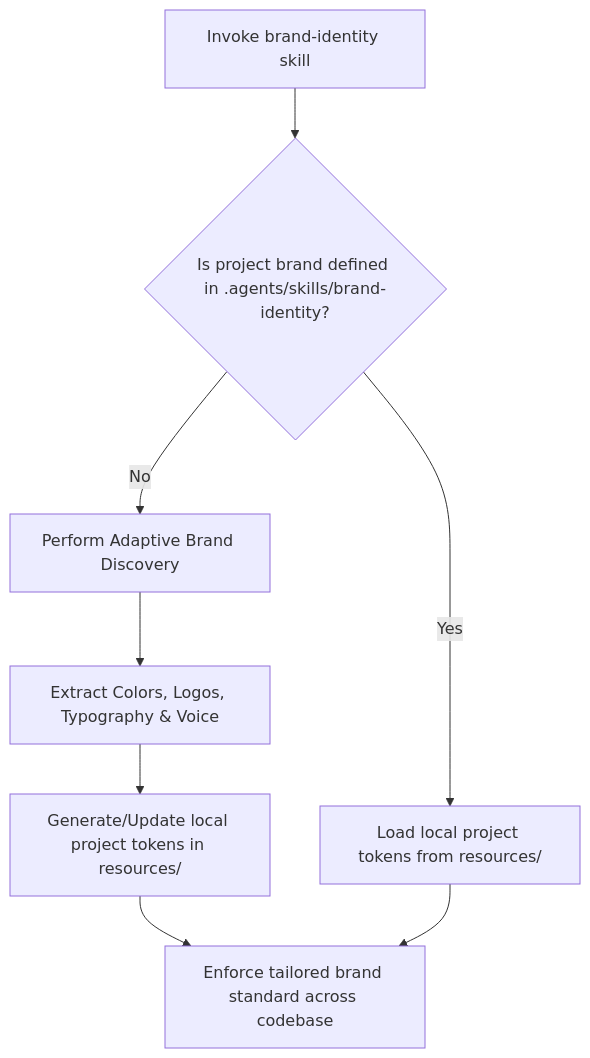
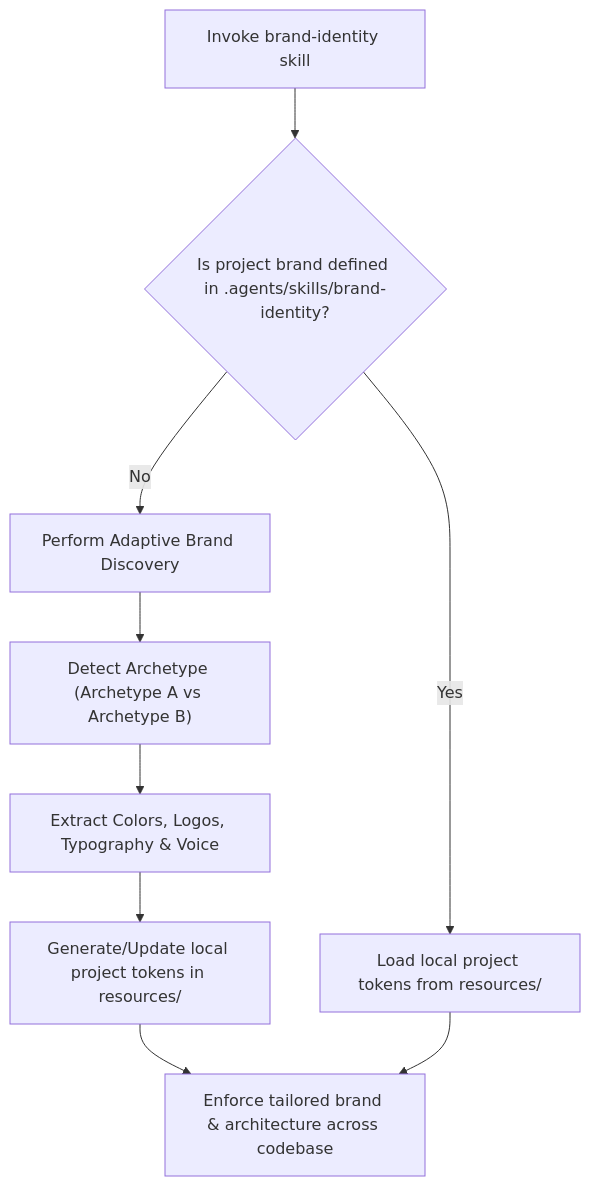
The diagram in .agents/skills/brand-identity/resources/brand-analyzer.md (rogerrcarvajal/antigravity-deep-configuration), drawn with Mermaid before and after one commit. The commit also changed other lines of this file and 16 other files, not shown here.

````diff
--- a/.agents/skills/brand-identity/resources/brand-analyzer.md
+++ b/.agents/skills/brand-identity/resources/brand-analyzer.md
@@ -13,10 +15,11 @@
 ```mermaid
 flowchart TD
     A["Invoke brand-identity skill"] --> B{"Is project brand defined in .agents/skills/brand-identity?"}
     B -- Yes --> C["Load local project tokens from resources/"]
     B -- No --> D["Perform Adaptive Brand Discovery"]
-    D --> E["Extract Colors, Logos, Typography & Voice"]
-    E --> F["Generate/Update local project tokens in resources/"]
-    F --> G["Enforce tailored brand standard across codebase"]
-    C --> G
+    D --> E["Detect Archetype (Archetype A vs Archetype B)"]
+    E --> F["Extract Colors, Logos, Typography & Voice"]
+    F --> G["Generate/Update local project tokens in resources/"]
+    G --> H["Enforce tailored brand & architecture across codebase"]
+    C --> H
 ```
````
